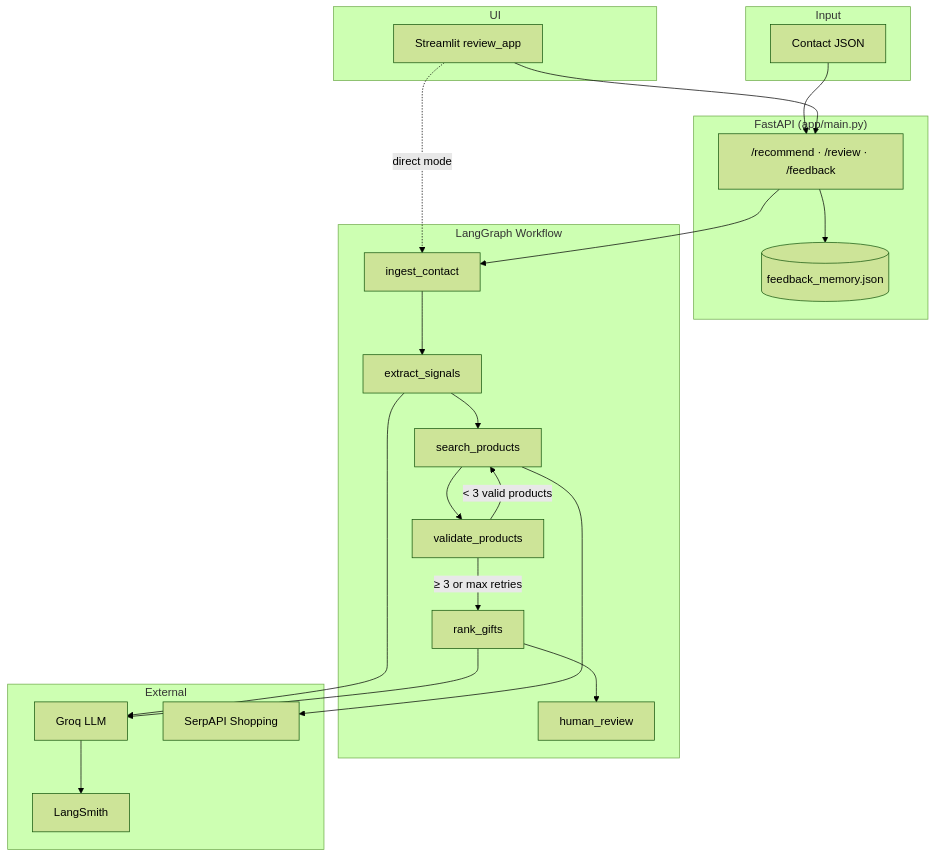
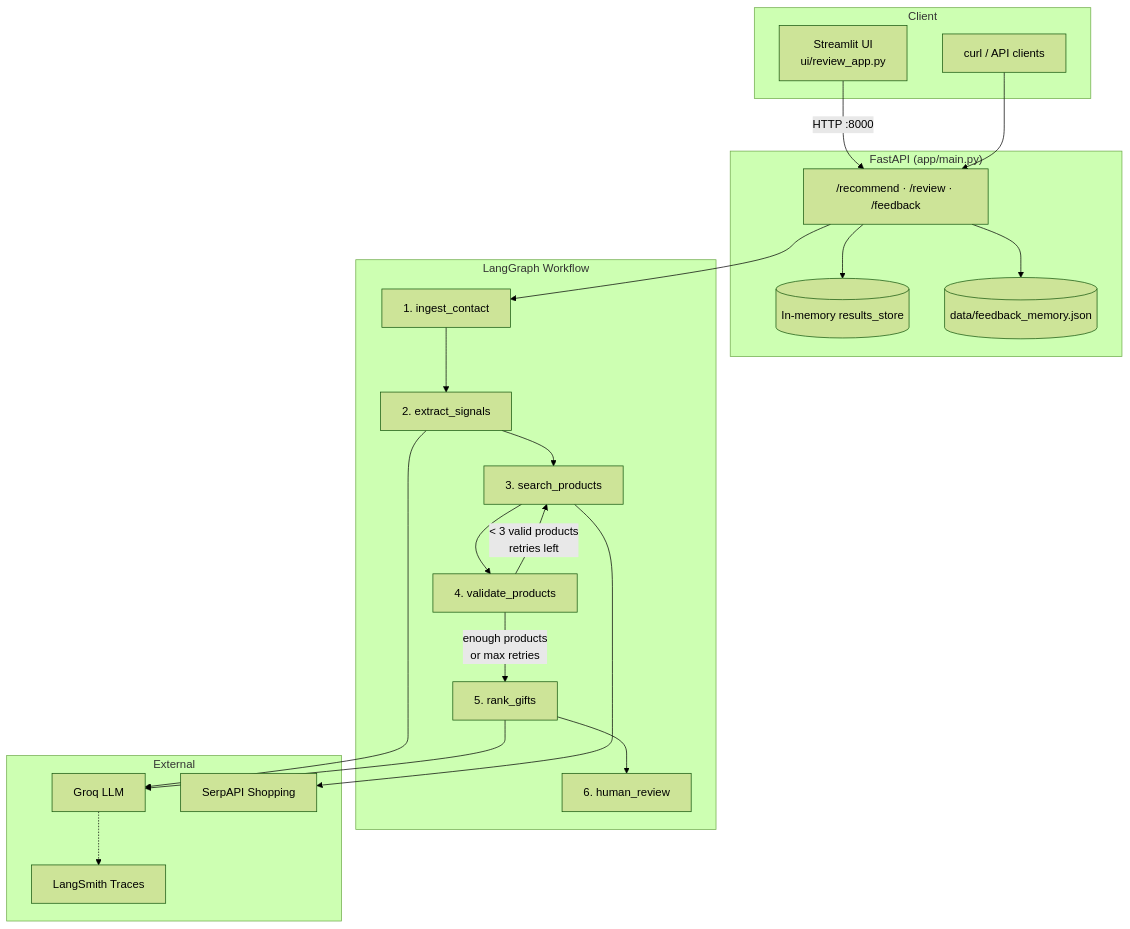
The first of 6 diagrams in README.md (SuhasKambham/delightloop-gift-agent), drawn with Mermaid (forest theme) before and after one commit. The commit also changed other lines of this file and 14 other files, not shown here.

Commit message:
Add comprehensive README, architecture and eval docs for submission

````diff
--- a/README.md
+++ b/README.md
@@ -187,43 +237,41 @@
 ```mermaid
 flowchart TB
-    subgraph Input
-        C[Contact JSON]
+    subgraph Client
+        UI[Streamlit UI<br/>ui/review_app.py]
+        CURL[curl / API clients]
     end
 
     subgraph "FastAPI (app/main.py)"
         API["/recommend · /review · /feedback"]
-        MEM[(feedback_memory.json)]
+        STORE[(In-memory results_store)]
+        MEM[(data/feedback_memory.json)]
+        API --> STORE
         API --> MEM
     end
 
     subgraph "LangGraph Workflow"
-        N1[ingest_contact]
-        N2[extract_signals]
-        N3[search_products]
-        N4[validate_products]
-        N5[rank_gifts]
-        N6[human_review]
+        N1[1. ingest_contact]
+        N2[2. extract_signals]
+        N3[3. search_products]
+        N4[4. validate_products]
+        N5[5. rank_gifts]
+        N6[6. human_review]
         N1 --> N2 --> N3 --> N4
-        N4 -->|"< 3 valid products"| N3
-        N4 -->|"≥ 3 or max retries"| N5 --> N6
+        N4 -->|"< 3 valid products<br/>retries left"| N3
+        N4 -->|"enough products<br/>or max retries"| N5 --> N6
     end
 
     subgraph External
         GROQ[Groq LLM]
         SERP[SerpAPI Shopping]
-        LS[LangSmith]
+        LS[LangSmith Traces]
     end
 
-    subgraph UI
-        ST[Streamlit review_app]
-    end
-
-    C --> API
+    UI -->|HTTP :8000| API
+    CURL --> API
     API --> N1
     N2 --> GROQ
     N3 --> SERP
     N5 --> GROQ
-    GROQ --> LS
-    ST --> API
-    ST -. direct mode .-> N1
+    GROQ -.-> LS
 ```
````
